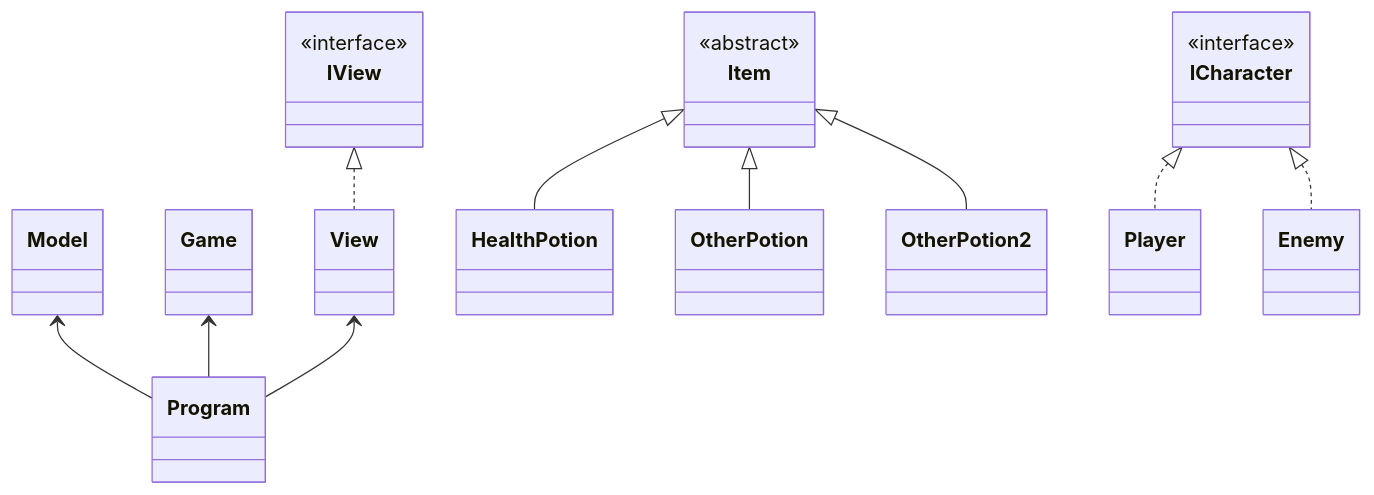
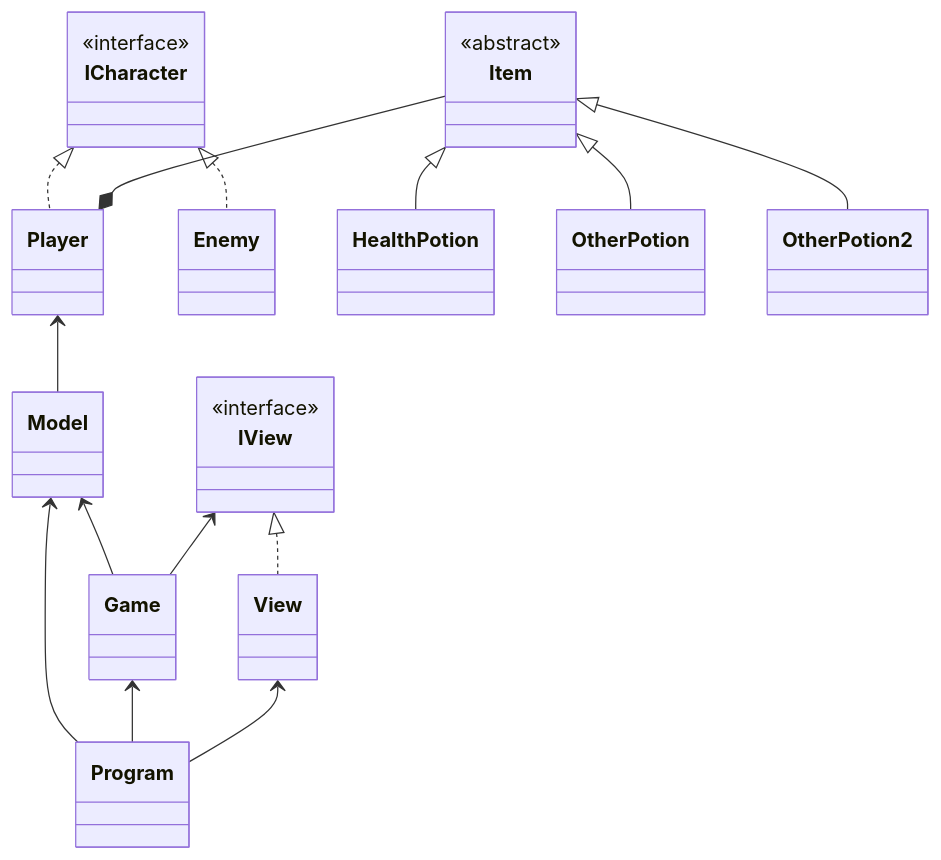
One commit to bryanb619/DungeonCrawler changed the diagram in README.md. Above: the diagram before and after it, drawn with Mermaid.

Commit message:
First attemp of UML organization (README)

````diff
--- a/README.md
+++ b/README.md
@@ -80,28 +80,34 @@
 ```mermaid
 
 classDiagram
 
   Model             <--    Program 
-  Game              <--    Program      
-  View              <--    Program 
+  Model             <--    Game
+
+  Game              <--    Program  
+
+  ICharacter        <|..   Player
+  ICharacter        <|..   Enemy
+     
+  Player            <--    Model 
+  Item              --*    Player  
 
   IView             <|..    View
+  IView             <--     Game
+  View              <--    Program 
 
   Item              <|--     HealthPotion
   Item              <|--     OtherPotion  
   Item              <|--     OtherPotion2  
 
-  ICharacter        <|..     Player
-  ICharacter        <|..     Enemy
-
-
+  
   class Item 
   <<abstract>> Item 
 
   class ICharacter 
   <<interface>>  ICharacter 
 
   class IView
   <<interface>> IView 
 
 ```
````
